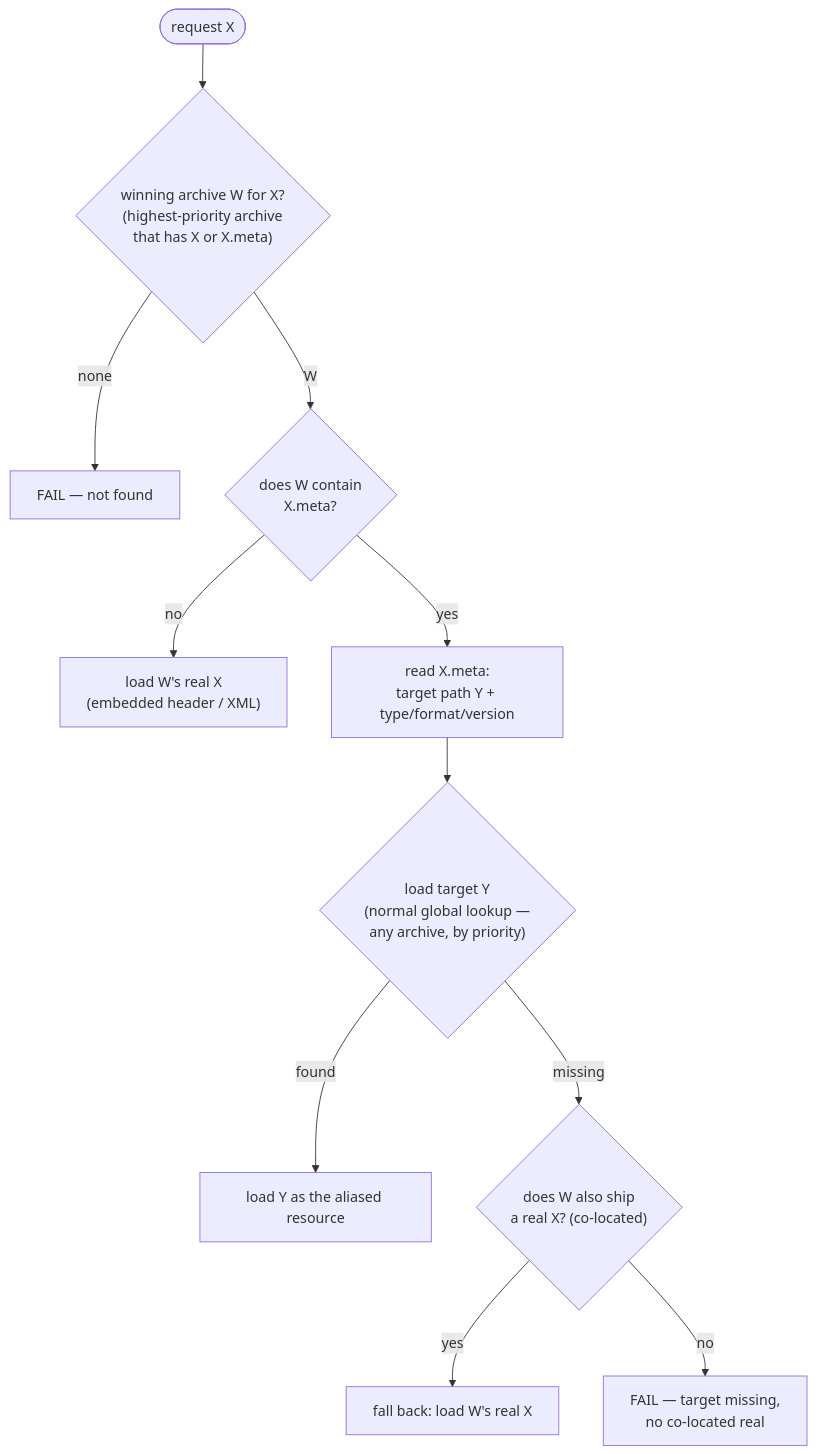
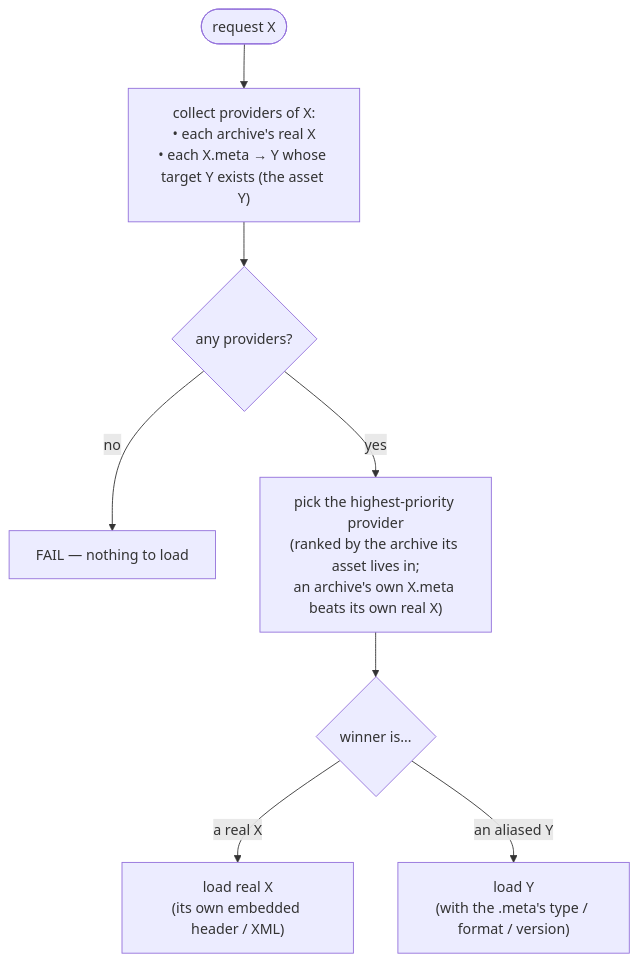
Before and after one commit to HarbourMasters/Shipwright: the diagram in meta-alias-testing/meta-loading.md, drawn with Mermaid. The commit also changed other lines of this file and 1 other file, not shown here.

First line of the commit message:
Rewrite .meta model as "highest-priority provider wins"

````diff
--- a/meta-alias-testing/meta-loading.md
+++ b/meta-alias-testing/meta-loading.md
@@ -18,13 +32,10 @@
 ```mermaid
 flowchart TD
-    A(["request X"]) --> B{"winning archive W for X?<br/>(highest-priority archive<br/>that has X or X.meta)"}
-    B -- "none" --> FAIL1["FAIL — not found"]
-    B -- "W" --> C{"does W contain<br/>X.meta?"}
-    C -- "no" --> REAL["load W's real X<br/>(embedded header / XML)"]
-    C -- "yes" --> M["read X.meta:<br/>target path Y + type/format/version"]
-    M --> T{"load target Y<br/>(normal global lookup —<br/>any archive, by priority)"}
-    T -- "found" --> TGT["load Y as the aliased resource"]
-    T -- "missing" --> FB{"does W also ship<br/>a real X? (co-located)"}
-    FB -- "yes" --> FALLBACK["fall back: load W's real X"]
-    FB -- "no" --> FAIL2["FAIL — target missing,<br/>no co-located real"]
+    A(["request X"]) --> B["collect providers of X:<br/>• each archive's real X<br/>• each X.meta → Y whose target Y exists (the asset Y)"]
+    B --> C{"any providers?"}
+    C -- "no" --> FAIL["FAIL — nothing to load"]
+    C -- "yes" --> W["pick the highest-priority provider<br/>(ranked by the archive its asset lives in;<br/>an archive's own X.meta beats its own real X)"]
+    W --> R{"winner is…"}
+    R -- "a real X" --> LR["load real X<br/>(its own embedded header / XML)"]
+    R -- "an aliased Y" --> LY["load Y<br/>(with the .meta's type / format / version)"]
 ```
````
